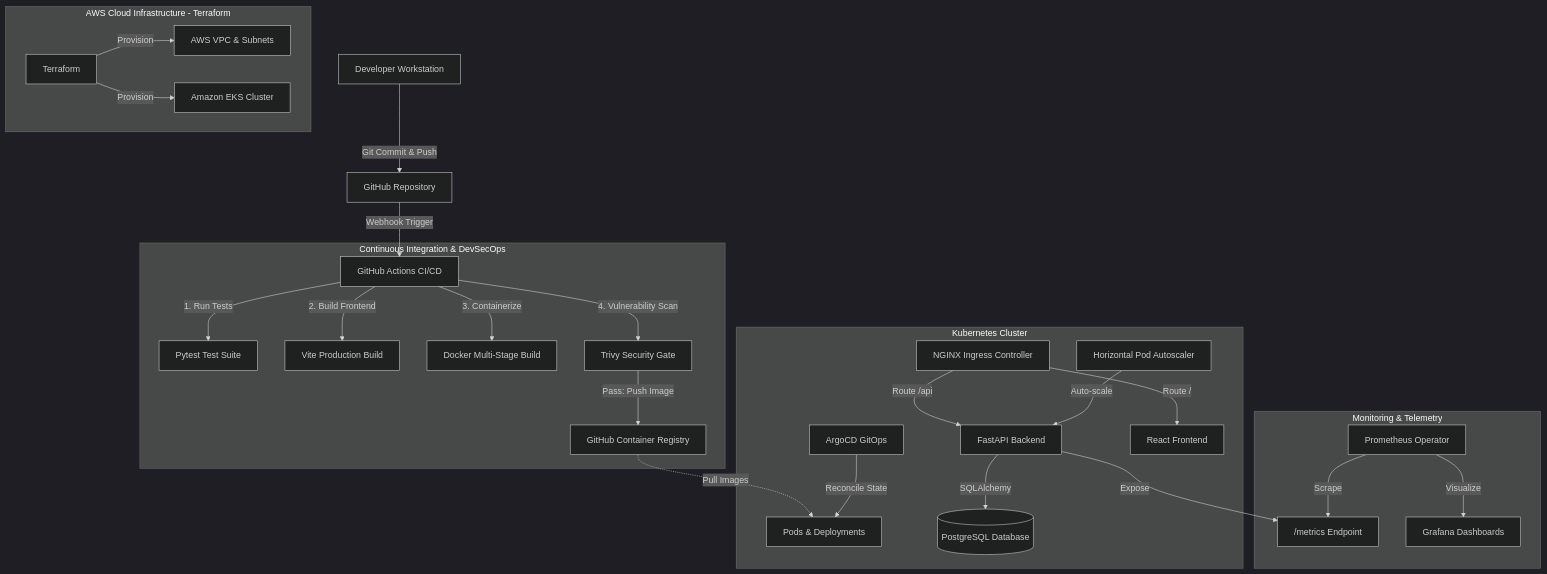
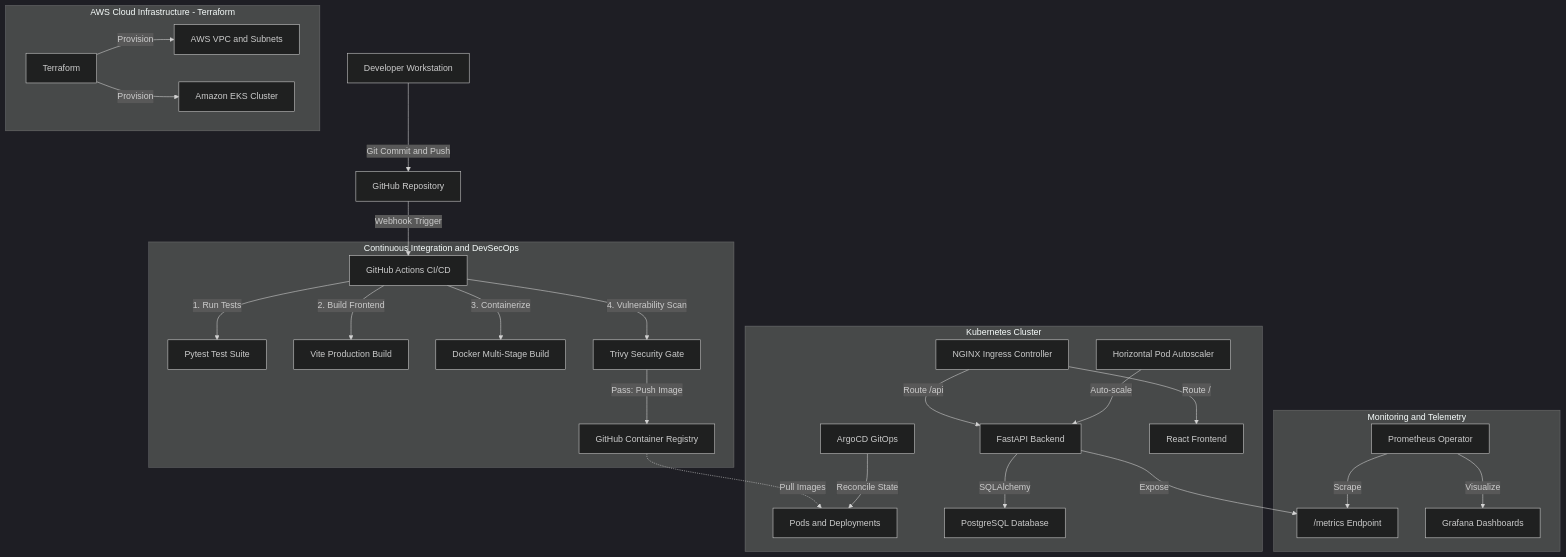
The diagram in final-devops-project/README.md (soleilbrulant/devops-heros), drawn with Mermaid (dark theme) before and after one commit.

Commit message:
fix(docs): standardize mermaid syntax in final-devops-project readme

````diff
--- a/final-devops-project/README.md
+++ b/final-devops-project/README.md
@@ -60,29 +60,29 @@
 ```mermaid
 graph TD
-    Dev["Developer Workstation"] -->|"Git Commit & Push"| GitHub["GitHub Repository"]
+    Dev["Developer Workstation"] -->|"Git Commit and Push"| GitHub["GitHub Repository"]
     GitHub -->|"Webhook Trigger"| GHA["GitHub Actions CI/CD"]
-    subgraph CI_Pipeline ["Continuous Integration & DevSecOps"]
+    subgraph CI_Pipeline ["Continuous Integration and DevSecOps"]
         GHA -->|"1. Run Tests"| Pytest["Pytest Test Suite"]
         GHA -->|"2. Build Frontend"| Vite["Vite Production Build"]
         GHA -->|"3. Containerize"| Docker["Docker Multi-Stage Build"]
         GHA -->|"4. Vulnerability Scan"| Trivy["Trivy Security Gate"]
         Trivy -->|"Pass: Push Image"| GHCR["GitHub Container Registry"]
     end
     subgraph Cloud_Infra ["AWS Cloud Infrastructure - Terraform"]
-        TF["Terraform"] -->|"Provision"| VPC["AWS VPC & Subnets"]
+        TF["Terraform"] -->|"Provision"| VPC["AWS VPC and Subnets"]
         TF -->|"Provision"| EKS["Amazon EKS Cluster"]
     end
     subgraph K8s_Cluster ["Kubernetes Cluster"]
-        GHCR -.->|"Pull Images"| Deployments["Pods & Deployments"]
+        GHCR -.->|"Pull Images"| Deployments["Pods and Deployments"]
         ArgoCD["ArgoCD GitOps"] -->|"Reconcile State"| Deployments
         Ingress["NGINX Ingress Controller"] -->|"Route /api"| Backend["FastAPI Backend"]
         Ingress -->|"Route /"| Frontend["React Frontend"]
-        Backend -->|"SQLAlchemy"| Postgres[("PostgreSQL Database")]
+        Backend -->|"SQLAlchemy"| Postgres["PostgreSQL Database"]
         HPA["Horizontal Pod Autoscaler"] -->|"Auto-scale"| Backend
     end
-    subgraph Observability_Stack ["Monitoring & Telemetry"]
+    subgraph Observability_Stack ["Monitoring and Telemetry"]
         Backend -->|"Expose"| Metrics["/metrics Endpoint"]
         Prometheus["Prometheus Operator"] -->|"Scrape"| Metrics
         Prometheus -->|"Visualize"| Grafana["Grafana Dashboards"]
     end
 ```
````
